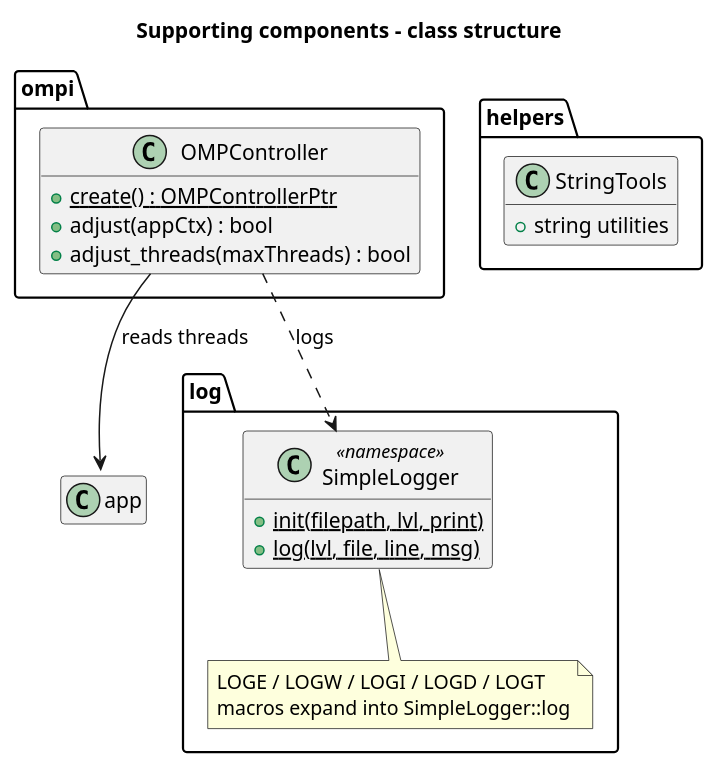
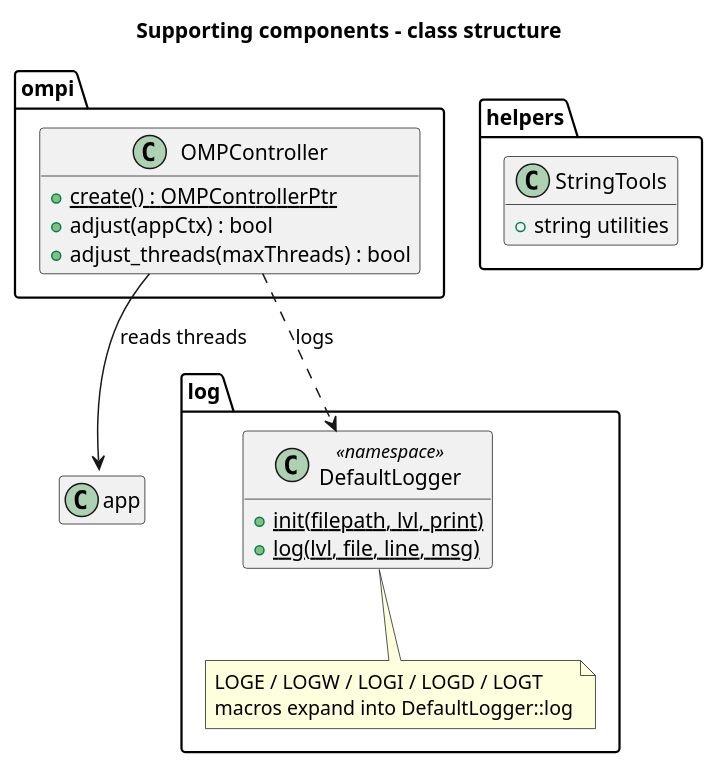
Before and after one commit to yuriysydor1991/darknetxx: the diagram in doc/diagrams/supporting-classes.puml, drawn with PlantUML. The commit also changed 21 other files, not shown here.

First line of the commit message:
feat: migrate logging to the cpp-app-template DefaultLogger

```diff
--- a/doc/diagrams/supporting-classes.puml
+++ b/doc/diagrams/supporting-classes.puml
@@ -1,35 +1,35 @@
 @startuml supporting-classes
 title Supporting components - class structure
 
 skinparam shadowing false
 hide empty members
 
 package "ompi" {
   class OMPController {
     +{static} create() : OMPControllerPtr
     +adjust(appCtx) : bool
     +adjust_threads(maxThreads) : bool
   }
 }
 
 package "log" {
-  class SimpleLogger <<namespace>> {
+  class DefaultLogger <<namespace>> {
     +{static} init(filepath, lvl, print)
     +{static} log(lvl, file, line, msg)
   }
-  note bottom of SimpleLogger
+  note bottom of DefaultLogger
     LOGE / LOGW / LOGI / LOGD / LOGT
-    macros expand into SimpleLogger::log
+    macros expand into DefaultLogger::log
   end note
 }
 
 package "helpers" {
   class StringTools {
     +string utilities
   }
 }
 
 OMPController --> "app::ApplicationContext" : reads threads
-OMPController ..> SimpleLogger : logs
+OMPController ..> DefaultLogger : logs
 
 @enduml
```
